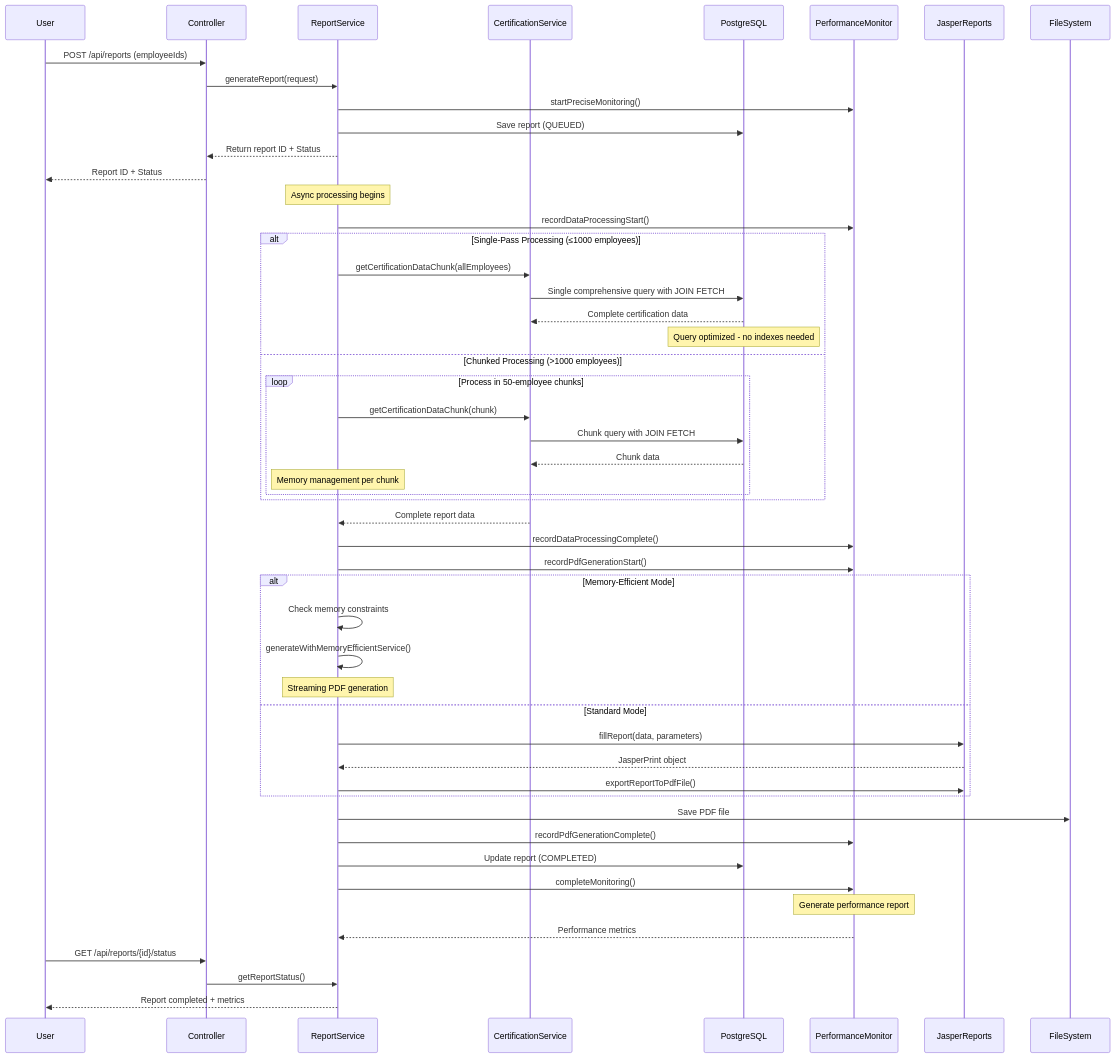
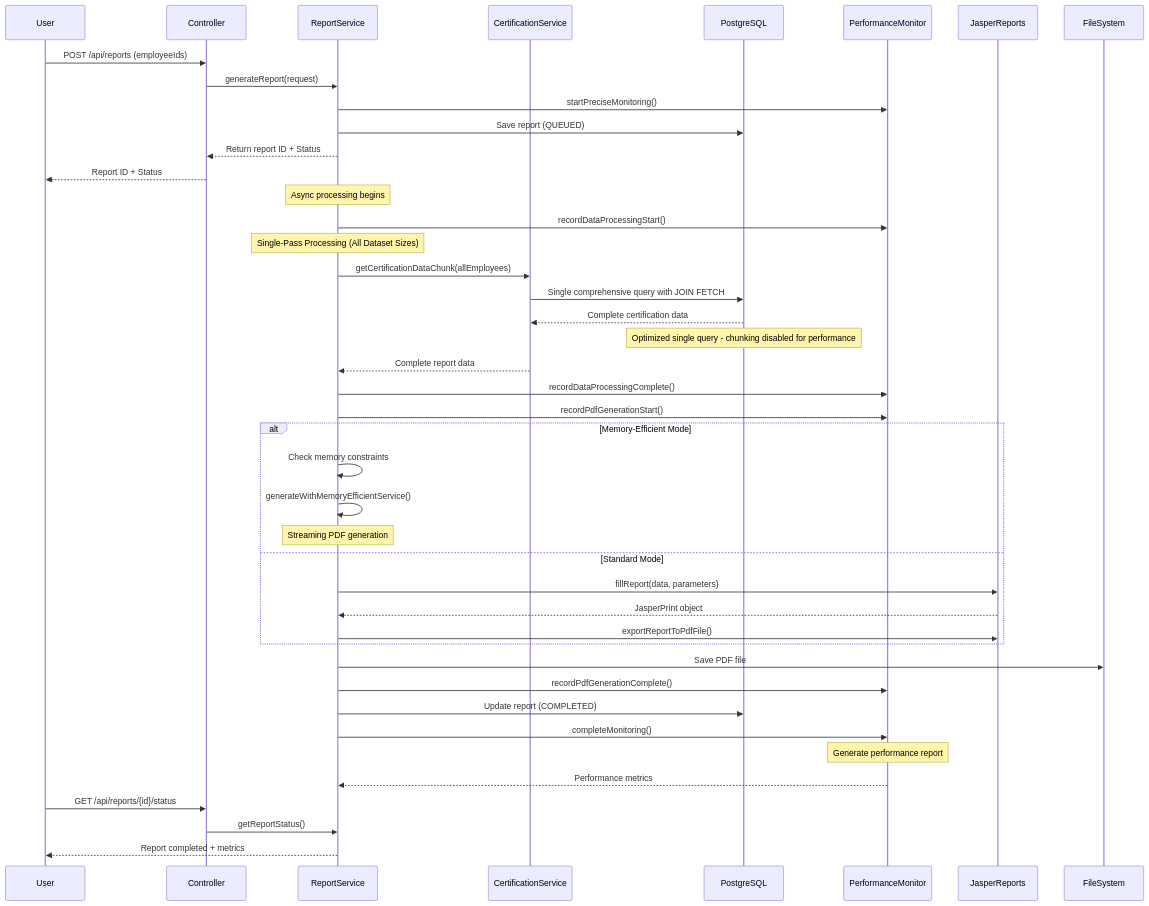
One commit to dpavelescu/certification-report-system changed the second of 11 diagrams in docs/pdf-generation-process.md. Above: the diagram before and after it, drawn with Mermaid. The commit also changed other lines of this file and 3 other files, not shown here.

Commit message:
feat(docs): Update performance metrics and architecture documentation for consistency and clarity

````diff
--- a/docs/pdf-generation-process.md
+++ b/docs/pdf-generation-process.md
@@ -79,63 +79,54 @@
 ```mermaid
 sequenceDiagram
     participant User
     participant Controller
     participant ReportService
     participant CertService as CertificationService
     participant DB as PostgreSQL
     participant Monitor as PerformanceMonitor
     participant Jasper as JasperReports
     participant FS as FileSystem
 
     User->>Controller: POST /api/reports (employeeIds)
     Controller->>ReportService: generateReport(request)
     
     ReportService->>Monitor: startPreciseMonitoring()
     ReportService->>DB: Save report (QUEUED)
     ReportService-->>Controller: Return report ID + Status
     Controller-->>User: Report ID + Status
     
     Note over ReportService: Async processing begins
     ReportService->>Monitor: recordDataProcessingStart()
-    
-    alt Single-Pass Processing (≤1000 employees)
-        ReportService->>CertService: getCertificationDataChunk(allEmployees)
-        CertService->>DB: Single comprehensive query with JOIN FETCH
-        DB-->>CertService: Complete certification data
-        Note over DB: Query optimized - no indexes needed
-    else Chunked Processing (>1000 employees)
-        loop Process in 50-employee chunks
-            ReportService->>CertService: getCertificationDataChunk(chunk)
-            CertService->>DB: Chunk query with JOIN FETCH
-            DB-->>CertService: Chunk data
-            Note over ReportService: Memory management per chunk
-        end
-    end
+      Note over ReportService: Single-Pass Processing (All Dataset Sizes)
+    ReportService->>CertService: getCertificationDataChunk(allEmployees)
+    CertService->>DB: Single comprehensive query with JOIN FETCH
+    DB-->>CertService: Complete certification data
+    Note over DB: Optimized single query - chunking disabled for performance
     
     CertService-->>ReportService: Complete report data
     ReportService->>Monitor: recordDataProcessingComplete()
     
     ReportService->>Monitor: recordPdfGenerationStart()
     
     alt Memory-Efficient Mode
         ReportService->>ReportService: Check memory constraints
         ReportService->>ReportService: generateWithMemoryEfficientService()
         Note over ReportService: Streaming PDF generation
     else Standard Mode
         ReportService->>Jasper: fillReport(data, parameters)
         Jasper-->>ReportService: JasperPrint object
         ReportService->>Jasper: exportReportToPdfFile()
     end
     
     ReportService->>FS: Save PDF file
     ReportService->>Monitor: recordPdfGenerationComplete()
     ReportService->>DB: Update report (COMPLETED)
     ReportService->>Monitor: completeMonitoring()
     
     Note over Monitor: Generate performance report
     Monitor-->>ReportService: Performance metrics
     
     User->>Controller: GET /api/reports/{id}/status
     Controller->>ReportService: getReportStatus()
     ReportService-->>User: Report completed + metrics
 ```
````
